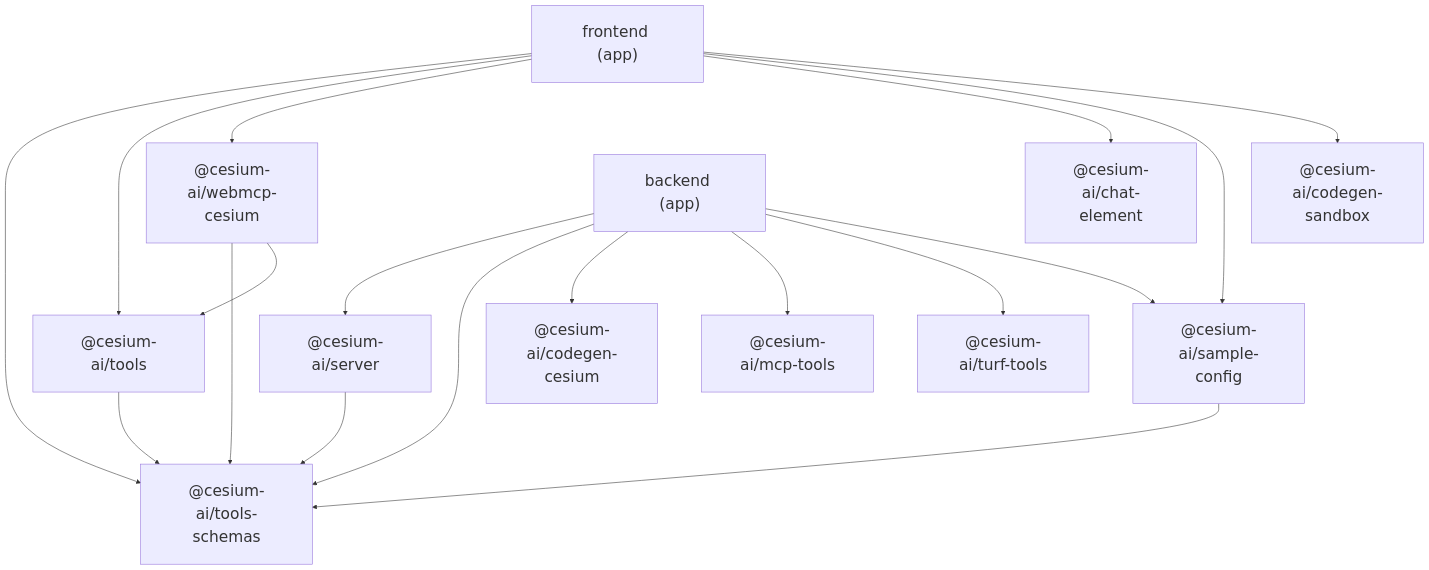
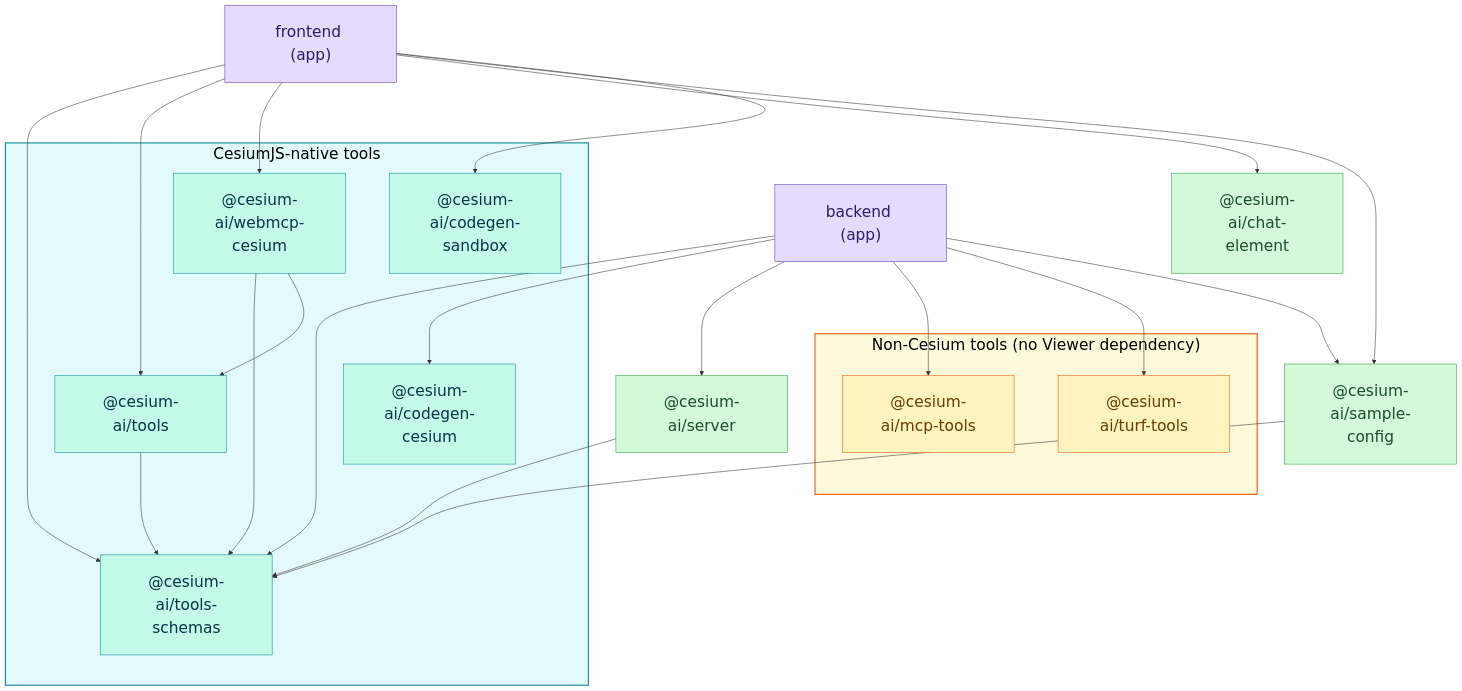
Before and after one commit to CesiumGS/cesiumjs-ai-starter-app: the diagram in docs/packages/index.md, drawn with Mermaid. The commit also changed other lines of this file and 20 other files, not shown here.

````diff
--- a/docs/packages/index.md
+++ b/docs/packages/index.md
@@ -30,34 +30,49 @@
 ```mermaid
 %%{init: {"themeVariables": {"fontSize": "28px"}, "flowchart": {"nodeSpacing": 80, "rankSpacing": 110, "padding": 28}}}%%
 flowchart TD
-    tools_schemas["@cesium-ai/tools-schemas"]
-    tools["@cesium-ai/tools"]
-    webmcp["@cesium-ai/webmcp-cesium"]
-    codegen["@cesium-ai/codegen-cesium"]
-    sandbox["@cesium-ai/codegen-sandbox"]
-    mcp["@cesium-ai/mcp-tools"]
-    turf["@cesium-ai/turf-tools"]
+    subgraph cesium_native["CesiumJS-native tools"]
+        tools_schemas["@cesium-ai/tools-schemas"]
+        tools["@cesium-ai/tools"]
+        webmcp["@cesium-ai/webmcp-cesium"]
+        codegen["@cesium-ai/codegen-cesium"]
+        sandbox["@cesium-ai/codegen-sandbox"]
+    end
+    subgraph non_cesium["Non-Cesium tools (no Viewer dependency)"]
+        mcp["@cesium-ai/mcp-tools"]
+        turf["@cesium-ai/turf-tools"]
+    end
     server["@cesium-ai/server"]
     chatel["@cesium-ai/chat-element"]
     shared["@cesium-ai/sample-config"]
     backend["backend (app)"]
     frontend["frontend (app)"]
 
     backend --> server
     backend --> tools_schemas
     backend --> codegen
     backend --> mcp
     backend --> turf
     backend --> shared
     frontend --> tools_schemas
     frontend --> tools
     frontend --> webmcp
     frontend --> chatel
     frontend --> shared
     frontend --> sandbox
     tools --> tools_schemas
     webmcp --> tools_schemas
     webmcp --> tools
     shared --> tools_schemas
     server --> tools_schemas
+
+    classDef cesiumNode fill:#c3fae8,stroke:#0c8599,stroke-width:1px,color:#003847
+    classDef nonCesiumNode fill:#fff3bf,stroke:#e8590c,stroke-width:1px,color:#663c00
+    classDef hostNode fill:#d3f9d8,stroke:#2f9e44,stroke-width:1px,color:#1b4d2e
+    classDef appNode fill:#e5dbff,stroke:#5f3dc4,stroke-width:1px,color:#2c1a6b
+    class tools_schemas,tools,webmcp,codegen,sandbox cesiumNode
+    class mcp,turf nonCesiumNode
+    class server,chatel,shared hostNode
+    class backend,frontend appNode
+    style cesium_native fill:#e3fafc,stroke:#0c8599,stroke-width:2px,color:#000000
+    style non_cesium fill:#fff9db,stroke:#e8590c,stroke-width:2px,color:#000000
 ```
````
